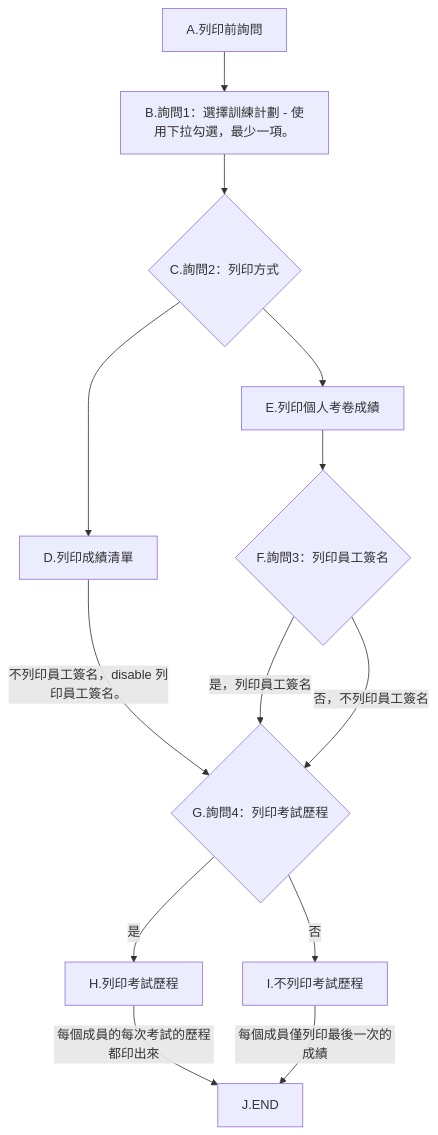
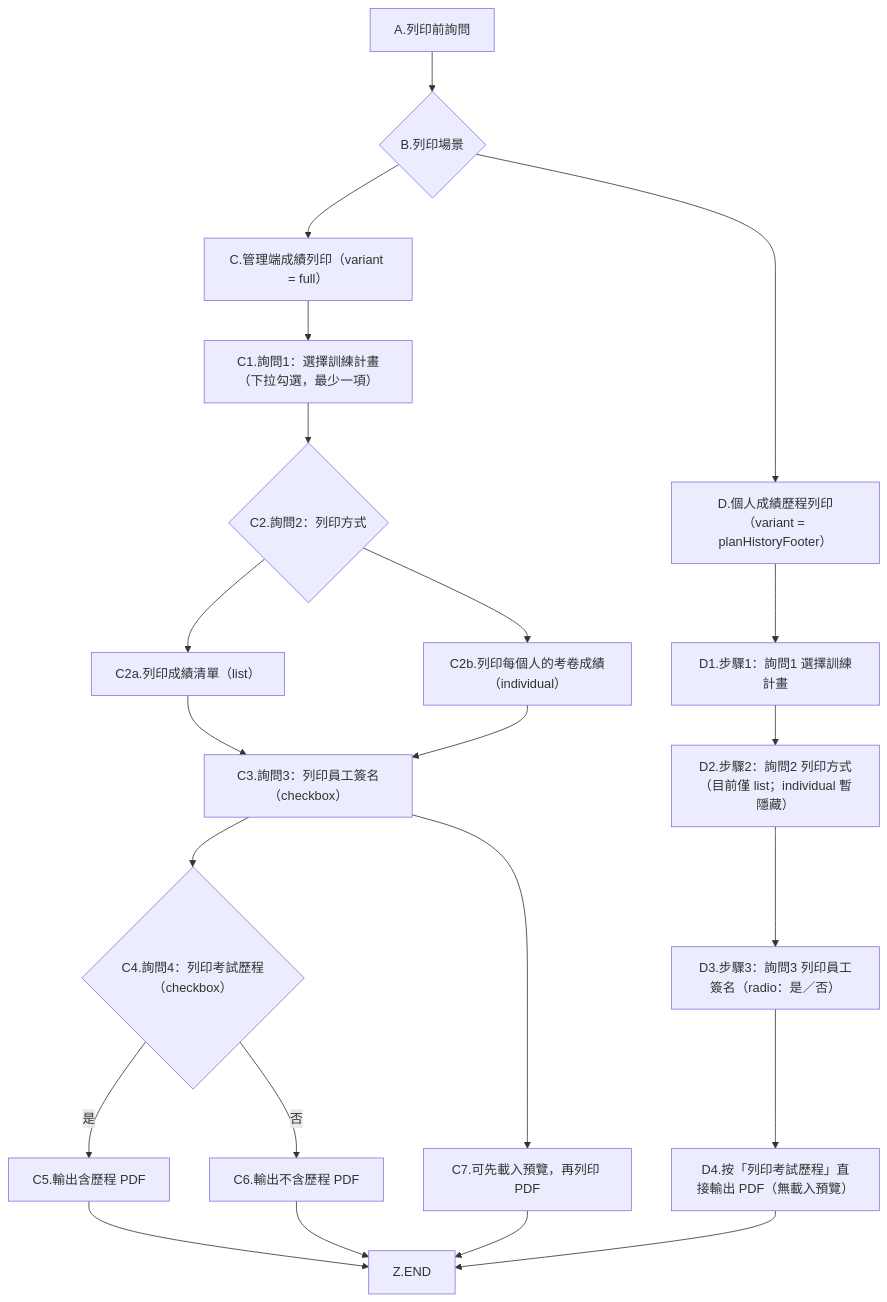
The second of 3 diagrams in 0.standards/2.棕地專案/T13 增修功能實作PLAN_測試問題.md (wilsontt/2.Edu_TraningSystem), drawn with Mermaid before and after one commit. The commit also changed other lines of this file and 11 other files, not shown here.

````diff
--- a/0.standards/2.棕地專案/T13 增修功能實作PLAN_測試問題.md
+++ b/0.standards/2.棕地專案/T13 增修功能實作PLAN_測試問題.md
@@ -29,16 +29,27 @@
 ```mermaid
 graph TD
-  A[A.列印前詢問] 
-  A --> B[B.詢問1：選擇訓練計劃 - 使用下拉勾選，最少一項。]
-  B --> C{C.詢問2：列印方式}
-  C --> D[D.列印成績清單]
-  C --> E[E.列印個人考卷成績]
-  E --> F{F.詢問3：列印員工簽名}
-  D -- 不列印員工簽名，disable 列印員工簽名。--> G{G.詢問4：列印考試歷程}
-  F -- 是，列印員工簽名 --> G{G.詢問4：列印考試歷程}
-  F -- 否，不列印員工簽名 --> G{G.詢問4：列印考試歷程}
-  G -- 是 --> H[H.列印考試歷程]
-  G -- 否 --> I[I.不列印考試歷程]
-  H -- 每個成員的每次考試的歷程都印出來 --> J[J.END]
-  I -- 每個成員僅列印最後一次的成績 --> J[J.END]
+  A[A.列印前詢問]
+  A --> B{B.列印場景}
+
+  B --> C[C.管理端成績列印（variant = full）]
+  C --> C1[C1.詢問1：選擇訓練計畫（下拉勾選，最少一項）]
+  C1 --> C2{C2.詢問2：列印方式}
+  C2 --> C2a[C2a.列印成績清單（list）]
+  C2 --> C2b[C2b.列印每個人的考卷成績（individual）]
+  C2a --> C3[C3.詢問3：列印員工簽名（checkbox）]
+  C2b --> C3
+  C3 --> C4{C4.詢問4：列印考試歷程（checkbox）}
+  C4 -->|是| C5[C5.輸出含歷程 PDF]
+  C4 -->|否| C6[C6.輸出不含歷程 PDF]
+  C3 --> C7[C7.可先載入預覽，再列印 PDF]
+  C5 --> Z[Z.END]
+  C6 --> Z
+  C7 --> Z
+
+  B --> D[D.個人成績歷程列印（variant = planHistoryFooter）]
+  D --> D1[D1.步驟1：詢問1 選擇訓練計畫]
+  D1 --> D2[D2.步驟2：詢問2 列印方式（目前僅 list；individual 暫隱藏）]
+  D2 --> D3[D3.步驟3：詢問3 列印員工簽名（radio：是／否）]
+  D3 --> D4[D4.按「列印考試歷程」直接輸出 PDF（無載入預覽）]
+  D4 --> Z
 ```
````
